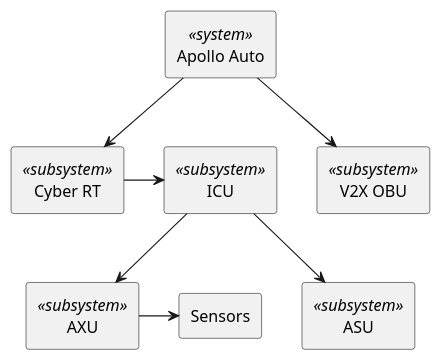
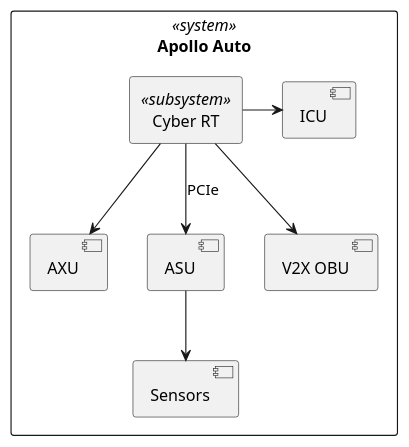
One commit to rocko/ost_sisidm_2021_apollo changed the second of 3 diagrams in src/plantUML/fachlicher_kontext.puml. Above: the diagram before and after it, drawn with PlantUML. The commit also changed 1 other file, not shown here.

```diff
--- a/src/plantUML/fachlicher_kontext.puml
+++ b/src/plantUML/fachlicher_kontext.puml
@@ -19,21 +19,21 @@
 @startuml
 skinparam rectangle {
     roundCorner<<Concept>> 25
 }
-rectangle "Apollo Auto" <<system>> as AA
-rectangle "ICU" <<subsystem>> as ICU
-rectangle "AXU" <<subsystem>> as AXU
-rectangle "ASU" <<subsystem>>as ASU
-rectangle "V2X OBU" <<subsystem>> as V2X
+rectangle "Apollo Auto" <<system>> as AA {
+component "ICU" as ICU
+component "AXU" as AXU
+component "ASU" as ASU
+component "V2X OBU" as V2X
 rectangle "Cyber RT" <<subsystem>> as C
 
-rectangle "Sensors" as SENS
+component "Sensors" as SENS
+}
 
-AA --> C
-AA --> V2X
+C --> V2X
 C -> ICU
-ICU --> AXU
-AXU -> SENS
-ICU --> ASU
+C --> AXU
+ASU -d-> SENS
+C --> ASU: PCIe
 
 @enduml
```
